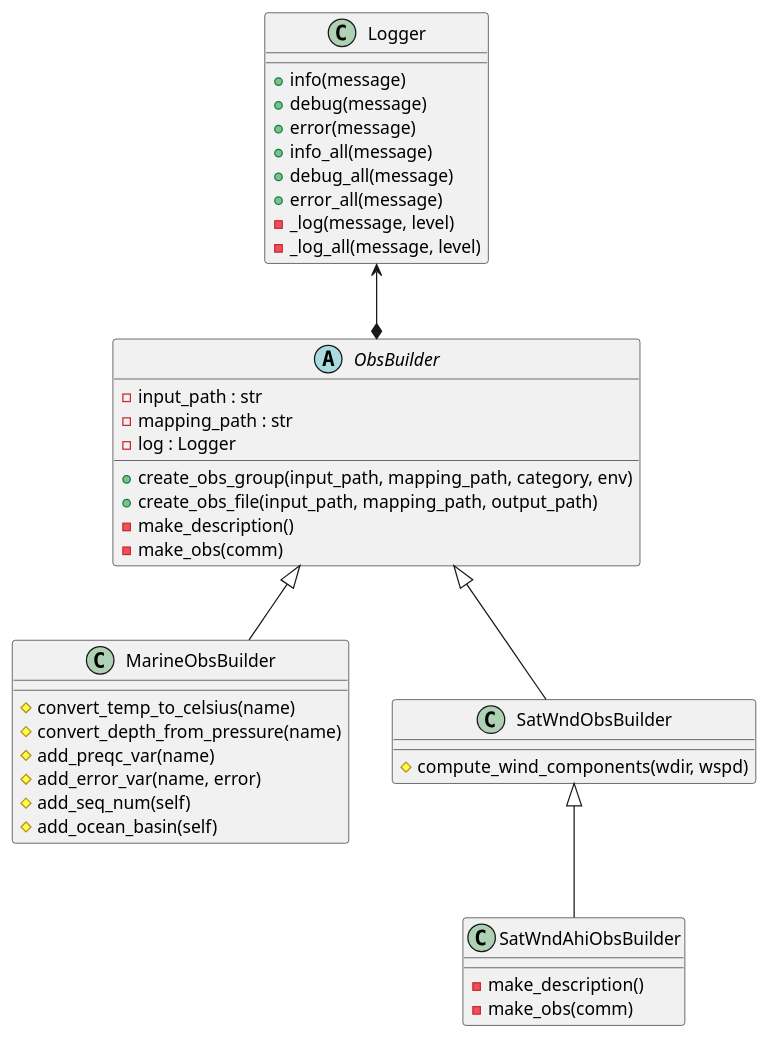
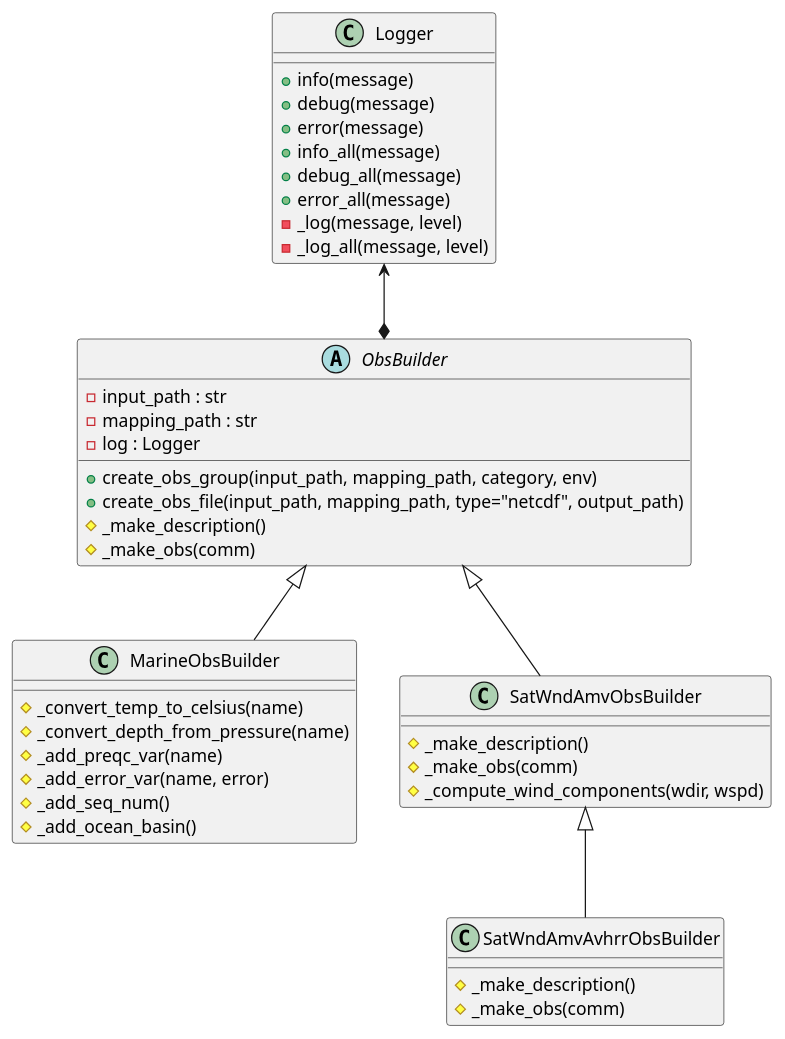
The diagram in docs/uml/BUFR_ObsBuilder.puml (rmclaren/bufr-query), drawn with PlantUML before and after one commit.

Commit message:
updated uml

```diff
--- a/docs/uml/BUFR_ObsBuilder.puml
+++ b/docs/uml/BUFR_ObsBuilder.puml
@@ -1,56 +1,58 @@
 @startuml
 'skinparam dpi 300
 'scale 1024 width
 
 class Logger
 {
   + info(message)
   + debug(message)
   + error(message)
   + info_all(message)
   + debug_all(message)
   + error_all(message)
   - _log(message, level)
   - _log_all(message, level)
 }
 
 abstract class ObsBuilder
 {
   - input_path : str
   - mapping_path : str
   - log : Logger
 
   + create_obs_group(input_path, mapping_path, category, env)
-  + create_obs_file(input_path, mapping_path, output_path)
-  - make_description()
-  - make_obs(comm)
+  + create_obs_file(input_path, mapping_path, type="netcdf", output_path)
+  # _make_description()
+  # _make_obs(comm)
 }
 
 class MarineObsBuilder
 {
-  # convert_temp_to_celsius(name)
-  # convert_depth_from_pressure(name)
-  # add_preqc_var(name)
-  # add_error_var(name, error)
-  # add_seq_num(self)
-  # add_ocean_basin(self)
+  # _convert_temp_to_celsius(name)
+  # _convert_depth_from_pressure(name)
+  # _add_preqc_var(name)
+  # _add_error_var(name, error)
+  # _add_seq_num()
+  # _add_ocean_basin()
 }
 
-class SatWndObsBuilder
+class SatWndAmvObsBuilder
 {
-  # compute_wind_components(wdir, wspd)
+  # _make_description()
+  # _make_obs(comm)
+  # _compute_wind_components(wdir, wspd)
 }
 
-class SatWndAhiObsBuilder
+class SatWndAmvAvhrrObsBuilder
 {
-  - make_description()
-  - make_obs(comm)
+  # _make_description()
+  # _make_obs(comm)
 }
 
 Logger <--* ObsBuilder
 ObsBuilder <|-- MarineObsBuilder
-ObsBuilder <|-- SatWndObsBuilder
-SatWndObsBuilder <|-- SatWndAhiObsBuilder
+ObsBuilder <|-- SatWndAmvObsBuilder
+SatWndAmvObsBuilder <|-- SatWndAmvAvhrrObsBuilder
 
 
 @enduml
```
